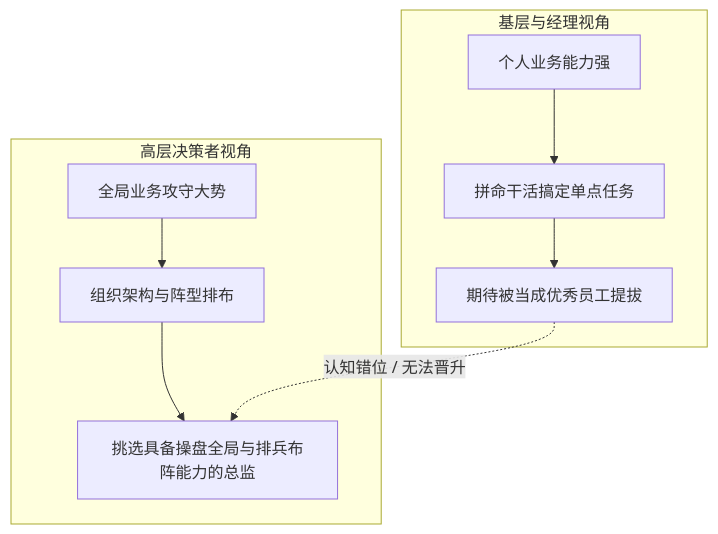
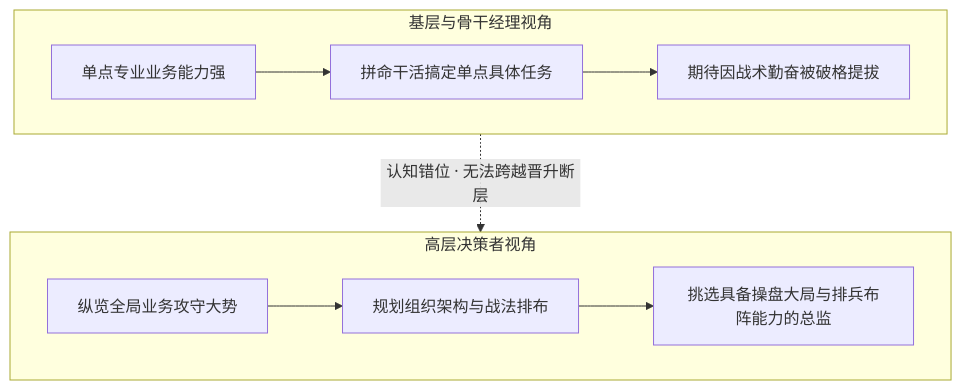
The first of 2 diagrams in content/live-20261012-laozeng-03.md (dollarser/knowledge), drawn with Mermaid before and after one commit. The commit also changed other lines of this file and 10 other files, not shown here.

Commit message:
style: verticalize all mermaid diagrams and add mindmap architecture

````diff
--- a/content/live-20261012-laozeng-03.md
+++ b/content/live-20261012-laozeng-03.md
@@ -22,12 +22,14 @@
 ```mermaid
 flowchart TD
-    subgraph 基层与经理视角
-        P1["个人业务能力强"] --> P2["拼命干活搞定单点任务"] --> P3["期待被当成优秀员工提拔"]
+    subgraph Junior["基层与骨干经理视角"]
+        P1["单点专业业务能力强"] --> P2["拼命干活搞定单点具体任务"]
+        P2 --> P3["期待因战术勤奋被破格提拔"]
     end
     
-    subgraph 高层决策者视角
-        O1["全局业务攻守大势"] --> O2["组织架构与阵型排布"] --> O3["挑选具备操盘全局与排兵布阵能力的总监"]
+    subgraph Senior["高层决策者视角"]
+        O1["纵览全局业务攻守大势"] --> O2["规划组织架构与战法排布"]
+        O2 --> O3["挑选具备操盘大局与排兵布阵能力的总监"]
     end
     
-    P3 -.->|认知错位 / 无法晋升| O3
+    Junior -.->|认知错位 · 无法跨越晋升断层| Senior
 ```
````
